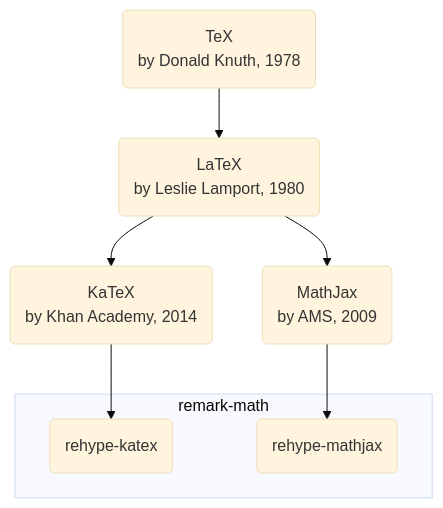
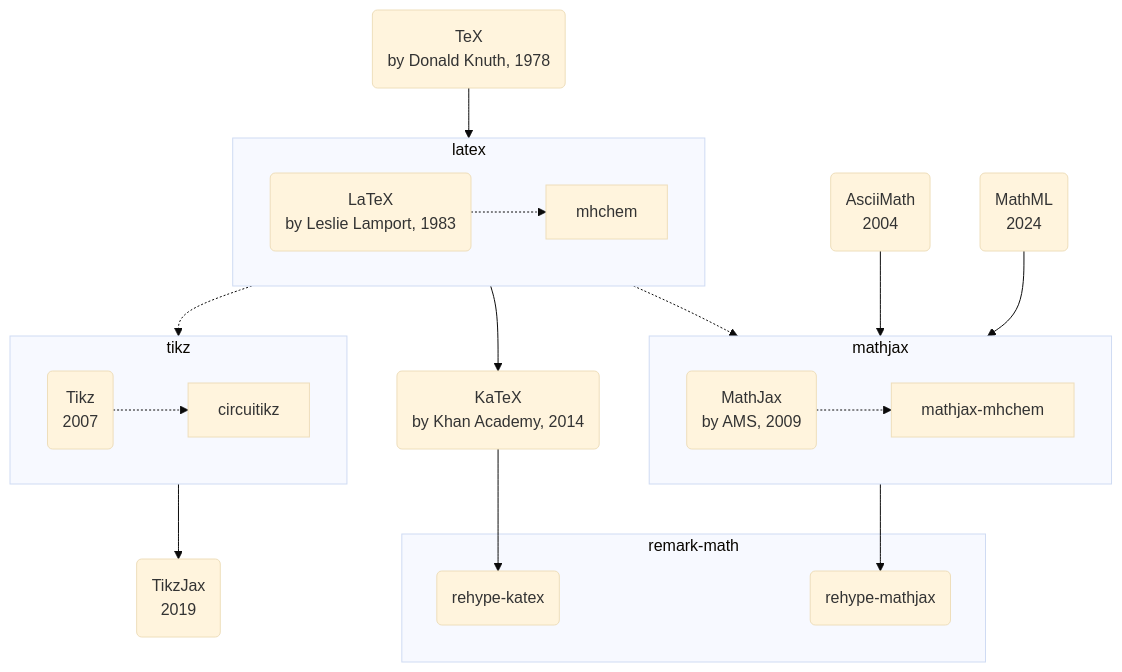
One commit to nemossi/iknow.public changed the diagram in .blog/src/content/posts/dev/doc/latex.md. Above: the diagram before and after it, drawn with Mermaid (base theme). The commit also changed other lines of this file and 14 other files, not shown here.

````diff
--- a/.blog/src/content/posts/dev/doc/latex.md
+++ b/.blog/src/content/posts/dev/doc/latex.md
@@ -24,21 +19,37 @@
 ``` mermaid
-flowchart TD
+flowchart TB
 
 tex("TeX<br/>by Donald Knuth, 1978")
-latex("LaTeX<br/>by Leslie Lamport, 1980")
-mathjax("MathJax<br/>by AMS, 2009")
+latex-core("LaTeX<br/>by Leslie Lamport, 1983")
+mathjax-core("MathJax<br/>by AMS, 2009")
 katex("KaTeX<br/>by Khan Academy, 2014")
 rehype-katex("rehype-katex")
 rehype-mathjax("rehype-mathjax")
+ascii-math("AsciiMath<br/>2004")
+mathml("MathML<br/>2024")
+tikz-core("Tikz<br/>2007")
+tikzjax("TikzJax<br/>2019")
 
-tex --> latex
-latex --> mathjax
-latex --> katex
-katex --> rehype-katex
-mathjax --> rehype-mathjax
+tex --> latex -.-> mathjax --> rehype-mathjax
+latex --> katex --> rehype-katex
+latex -.-> tikz --> tikzjax
+ascii-math --> mathjax
+mathml --> mathjax
+
+subgraph "latex"
+  latex-core -.-> mhchem
+end
+
+subgraph "tikz"
+  tikz-core -.-> circuitikz
+end
 
 subgraph "remark-math"
+  rehype-mathjax
   rehype-katex
-  rehype-mathjax
+end
+
+subgraph "mathjax"
+  mathjax-core -.-> mathjax-mhchem
 end
 ```
````
